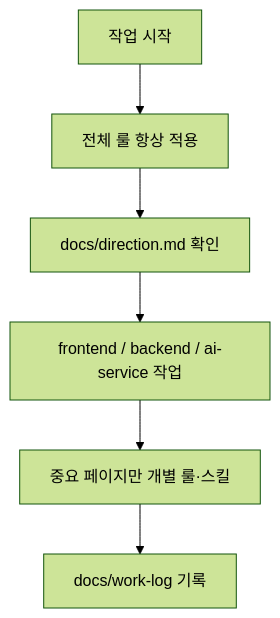
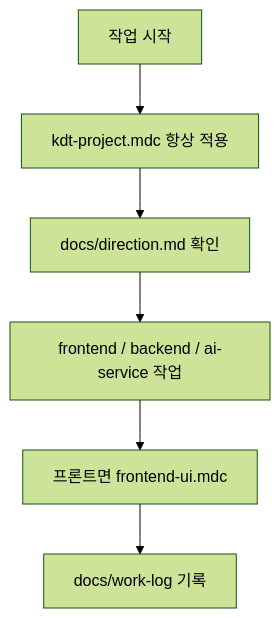
Before and after one commit to DohyupK/KDT-Project: the diagram in README.md, drawn with Mermaid (forest theme). The commit also changed other lines of this file and 111 other files, not shown here.

````diff
--- a/README.md
+++ b/README.md
@@ -303,15 +302,15 @@
 ```mermaid
 flowchart TD
   start[작업 시작]
-  global[전체 룰 항상 적용]
+  global[kdt-project.mdc 항상 적용]
   direction[docs/direction.md 확인]
   work[frontend / backend / ai-service 작업]
-  page[중요 페이지만 개별 룰·스킬]
+  ui[프론트면 frontend-ui.mdc]
   log[docs/work-log 기록]
 
   start --> global
   global --> direction
   direction --> work
-  work --> page
-  page --> log
+  work --> ui
+  ui --> log
 ```
````
